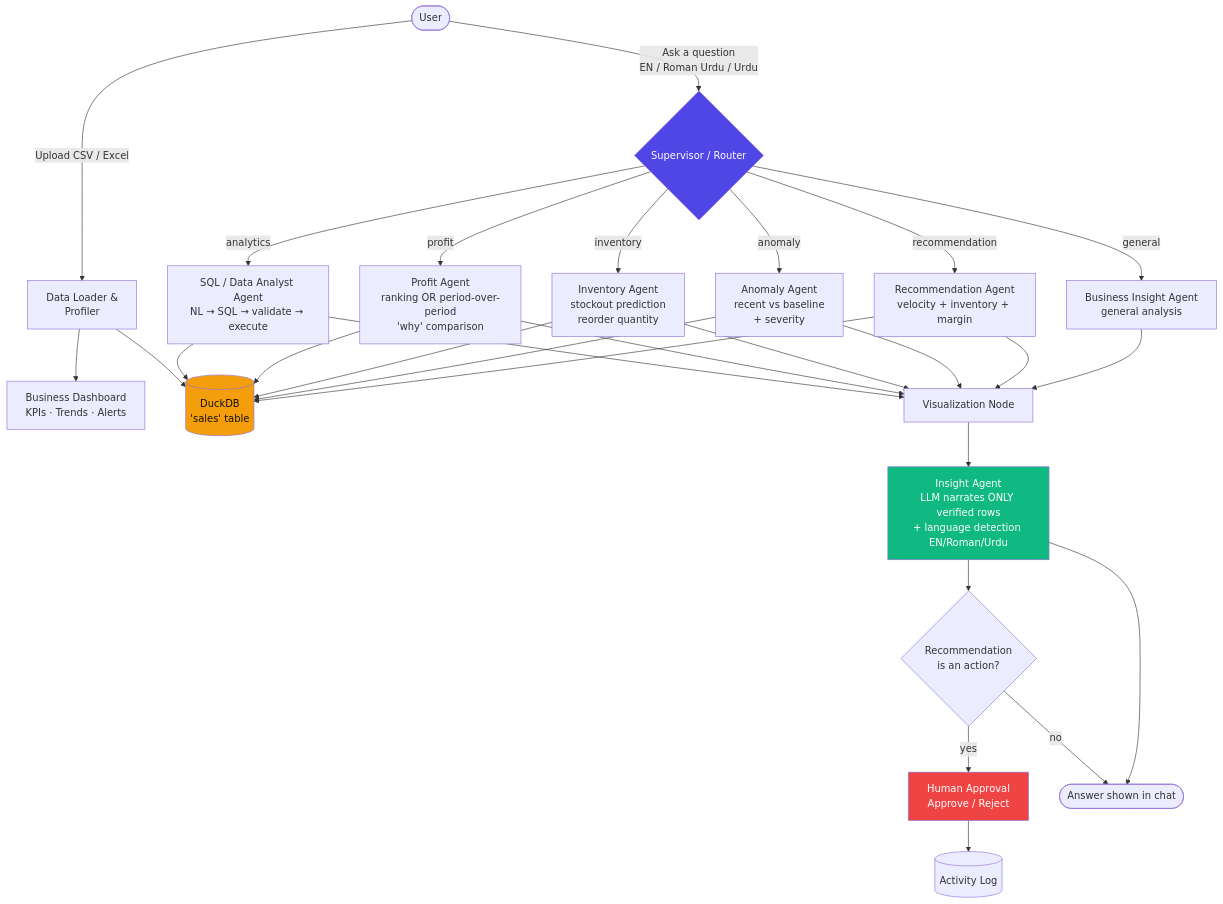
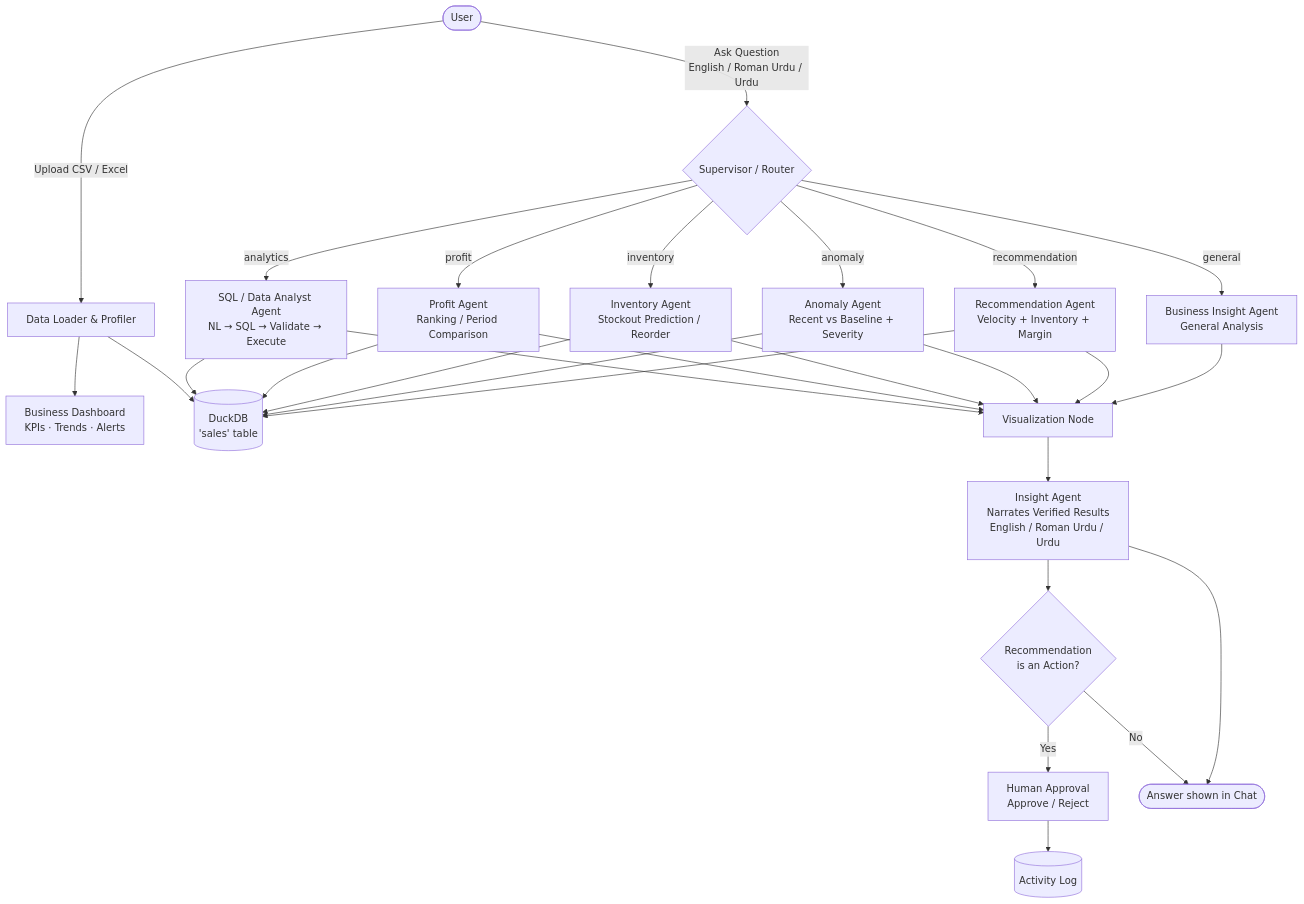
Before and after one commit to rabia020/BazaarPilot: the diagram in README.md, drawn with Mermaid. The commit also changed other lines of this file, not shown here.

````diff
--- a/README.md
+++ b/README.md
@@ -45,41 +269,48 @@
 ```mermaid
 flowchart TD
-    U([User]) -->|Upload CSV / Excel| LOAD[Data Loader &<br/>Profiler]
+
+    U([User]) -->|Upload CSV / Excel| LOAD[Data Loader & Profiler]
+
     LOAD --> DASH[Business Dashboard<br/>KPIs · Trends · Alerts]
+
     LOAD --> DUCK[(DuckDB<br/>'sales' table)]
 
-    U -->|Ask a question<br/>EN / Roman Urdu / Urdu| SUP{Supervisor / Router}
+    U -->|Ask Question<br/>English / Roman Urdu / Urdu| SUP{Supervisor / Router}
 
-    SUP -->|analytics| SQL[SQL / Data Analyst Agent<br/>NL → SQL → validate → execute]
-    SUP -->|profit| PROFIT[Profit Agent<br/>ranking OR period-over-period<br/>'why' comparison]
-    SUP -->|inventory| INV[Inventory Agent<br/>stockout prediction<br/>reorder quantity]
-    SUP -->|anomaly| ANOM[Anomaly Agent<br/>recent vs baseline<br/>+ severity]
-    SUP -->|recommendation| REC[Recommendation Agent<br/>velocity + inventory + margin]
-    SUP -->|general| GEN[Business Insight Agent<br/>general analysis]
+    SUP -->|analytics| SQL[SQL / Data Analyst Agent<br/>NL → SQL → Validate → Execute]
+
+    SUP -->|profit| PROFIT[Profit Agent<br/>Ranking / Period Comparison]
+
+    SUP -->|inventory| INV[Inventory Agent<br/>Stockout Prediction / Reorder]
+
+    SUP -->|anomaly| ANOM[Anomaly Agent<br/>Recent vs Baseline + Severity]
+
+    SUP -->|recommendation| REC[Recommendation Agent<br/>Velocity + Inventory + Margin]
+
+    SUP -->|general| GEN[Business Insight Agent<br/>General Analysis]
 
     SQL --> DUCK
     PROFIT --> DUCK
     INV --> DUCK
     ANOM --> DUCK
     REC --> DUCK
 
     SQL --> VIZ[Visualization Node]
     PROFIT --> VIZ
     INV --> VIZ
     ANOM --> VIZ
     REC --> VIZ
     GEN --> VIZ
 
-    VIZ --> INSIGHT[Insight Agent<br/>LLM narrates ONLY verified rows<br/>+ language detection EN/Roman/Urdu]
+    VIZ --> INSIGHT[Insight Agent<br/>Narrates Verified Results<br/>English / Roman Urdu / Urdu]
 
-    INSIGHT --> REC_UI{Recommendation<br/>is an action?}
-    REC_UI -->|yes| APPROVAL[Human Approval<br/>Approve / Reject]
+    INSIGHT --> REC_UI{Recommendation<br/>is an Action?}
+
+    REC_UI -->|Yes| APPROVAL[Human Approval<br/>Approve / Reject]
+
     APPROVAL --> LOG[(Activity Log)]
-    REC_UI -->|no| ANSWER([Answer shown in chat])
+
+    REC_UI -->|No| ANSWER([Answer shown in Chat])
+
     INSIGHT --> ANSWER
-
-    style SUP fill:#4f46e5,color:#fff
-    style DUCK fill:#f59e0b,color:#111
-    style INSIGHT fill:#10b981,color:#fff
-    style APPROVAL fill:#ef4444,color:#fff
 ```
````
